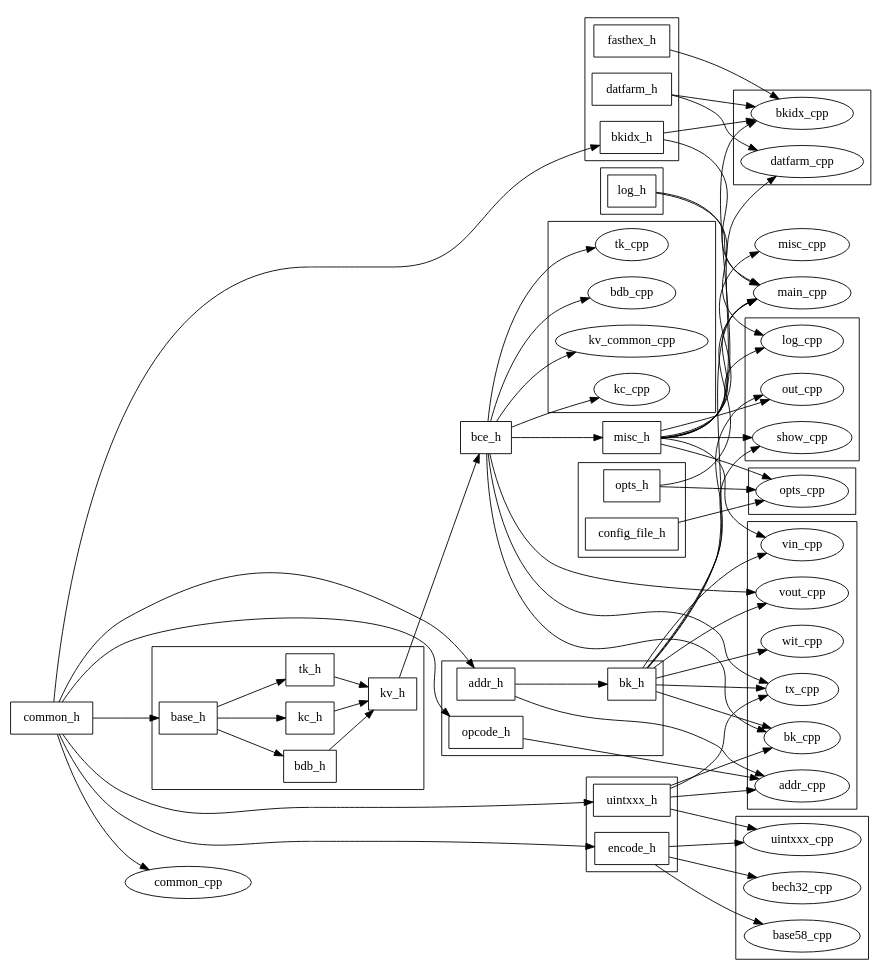
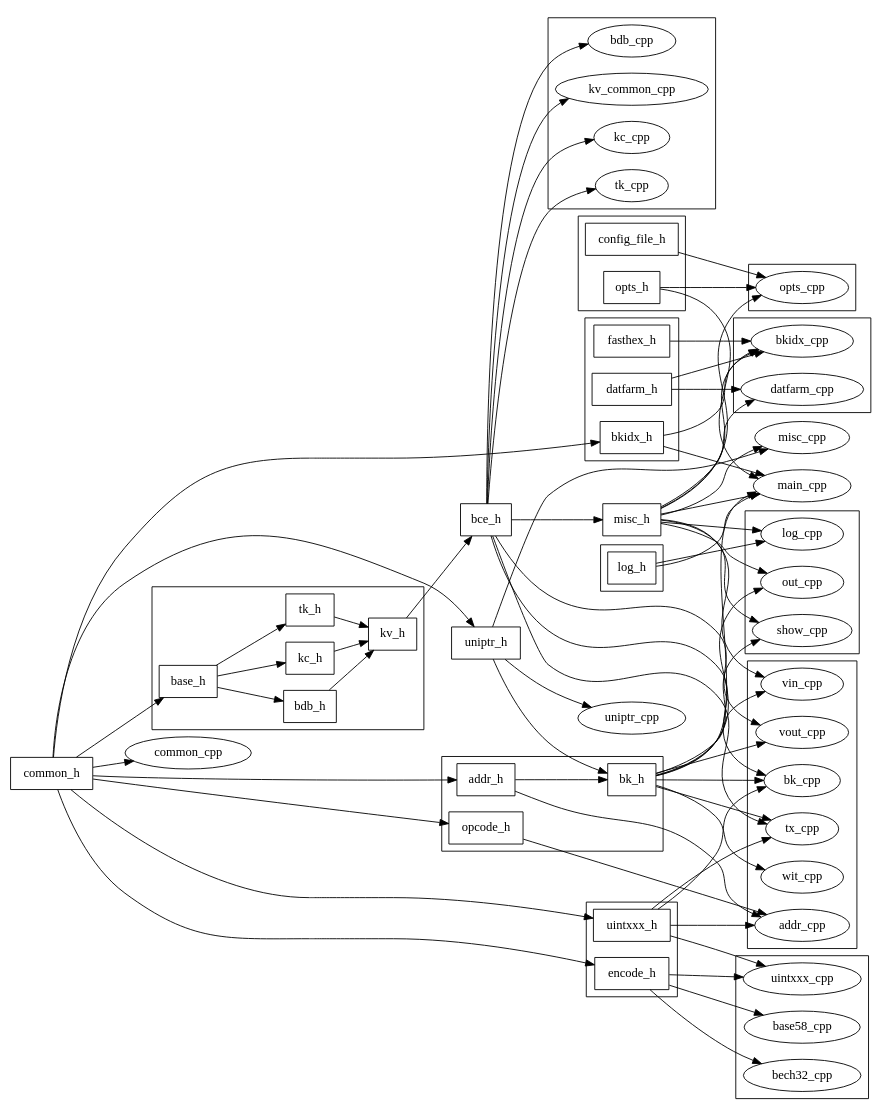
The diagram in doc/src.dot (tieugene/bce2), drawn with Graphviz before and after one commit. The commit also changed 6 other files, not shown here.

```diff
--- a/doc/src.dot
+++ b/doc/src.dot
@@ -1,127 +1,132 @@
 digraph bce2 {
 	rankdir = LR;
 	node [shape="box"];
 	bce_h;
 	common_h;
 	misc_h;
+	uniptr_h;
 	subgraph cluster_h_bk {
 		addr_h;
 		bk_h;
 		opcode_h;
 	}
 	subgraph cluster_h_cfg {
 		config_file_h;
 		opts_h;
 	}
 	subgraph cluster_h_crypt {
 		encode_h;
 		uintxxx_h;
 	}
 	subgraph cluster_h_kv {
 		base_h;
 		bdb_h;
 		kc_h;
 		kv_h;
 		tk_h;
 	}
 	subgraph cluster_h_load {
 		bkidx_h;
 		datfarm_h;
 		fasthex_h;
 	}
 	subgraph cluster_h_out {
 		log_h;
 	}
 	// .h
 	kv_h -> bce_h;
 	bce_h -> misc_h;
+	common_h -> uniptr_h;
 	common_h -> addr_h -> bk_h;
+	uniptr_h -> bk_h;
 	common_h -> opcode_h;
 	common_h -> encode_h;
 	common_h -> uintxxx_h;
 	common_h -> base_h;
 	base_h -> bdb_h;
 	base_h -> kc_h;
 	base_h -> tk_h;
 	bdb_h -> kv_h;
 	kc_h -> kv_h;
 	tk_h -> kv_h;
 	common_h -> bkidx_h;
 	// _cpp
 	node [shape="ellipse"];
 	common_h -> common_cpp;
+	uniptr_h -> uniptr_cpp;
+	uniptr_h -> misc_cpp;
 	misc_h -> misc_cpp;
 	misc_h -> main_cpp;
 	opts_h -> main_cpp;
 	bkidx_h -> main_cpp;
 	bk_h -> main_cpp;
 	log_h -> main_cpp;
 	subgraph cluster_c_bk {
 		addr_cpp;
 		bk_cpp;
 		tx_cpp;
 		vin_cpp;
 		vout_cpp;
 		wit_cpp;
 	}
 	subgraph cluster_c_cfg {
 		opts_cpp;
 	}
 	subgraph cluster_c_crypt {
 		base58_cpp;
 		bech32_cpp;
 		uintxxx_cpp;
 	}
 	subgraph cluster_c_kv {
 		bdb_cpp;
 		kv_common_cpp;
 		kc_cpp;
 		tk_cpp;
 	}
 	subgraph cluster_c_load {
 		bkidx_cpp;
 		datfarm_cpp;
 	}
 	subgraph cluster_c_out {
 		log_cpp;
 		out_cpp;
 		show_cpp;
 	}
 	addr_h -> addr_cpp;
 	opcode_h -> addr_cpp;
 	uintxxx_h -> addr_cpp;
 	bce_h -> bk_cpp;
 	uintxxx_h -> bk_cpp;
 	bk_h -> bk_cpp;
 	bce_h -> tx_cpp;
 	uintxxx_h -> tx_cpp;
 	bk_h -> tx_cpp;
 	misc_h -> vin_cpp;
 	bk_h -> vin_cpp;
 	bce_h -> vout_cpp;
 	bk_h -> vout_cpp;
 	bk_h -> wit_cpp;
 	misc_h -> opts_cpp;
 	opts_h -> opts_cpp;
 	config_file_h -> opts_cpp;
 	encode_h -> base58_cpp;
 	encode_h -> bech32_cpp;
 	encode_h -> uintxxx_cpp;
 	uintxxx_h -> uintxxx_cpp;
 	bce_h -> kv_common_cpp;
 	bce_h -> bdb_cpp;
 	bce_h -> kc_cpp;
 	bce_h -> tk_cpp;
 	misc_h -> bkidx_cpp;
 	bkidx_h -> bkidx_cpp;
 	datfarm_h -> bkidx_cpp;
 	fasthex_h -> bkidx_cpp;
 	misc_h -> datfarm_cpp;
 	datfarm_h -> datfarm_cpp;
 	misc_h -> out_cpp;
 	bk_h -> out_cpp;
 	misc_h -> show_cpp;
 	bk_h -> show_cpp;
 	misc_h -> log_cpp;
 	log_h -> log_cpp;
 }
```
